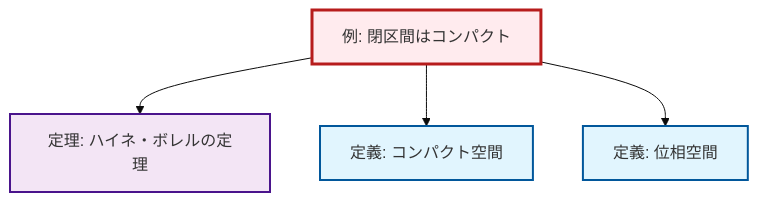
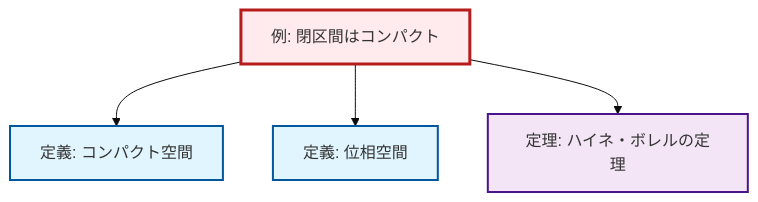
Before and after one commit to RK0429/ModernMath: the diagram in content/ja/topology/ex-closed-interval-compact.qmd, drawn with Mermaid (base theme). The commit also changed other lines of this file and 328 other files, not shown here.

````diff
--- a/content/ja/topology/ex-closed-interval-compact.qmd
+++ b/content/ja/topology/ex-closed-interval-compact.qmd
@@ -51,20 +52,20 @@
 ```{mermaid}
 %%| fig-cap: "ローカル依存関係グラフ"
 graph TD
     classDef definition fill:#e1f5fe,stroke:#01579b,stroke-width:2px
     classDef theorem fill:#f3e5f5,stroke:#4a148c,stroke-width:2px
     classDef axiom fill:#fff3e0,stroke:#e65100,stroke-width:2px
     classDef example fill:#e8f5e9,stroke:#1b5e20,stroke-width:2px
     classDef current fill:#ffebee,stroke:#b71c1c,stroke-width:3px
+    thm-heine-borel["定理: ハイネ・ボレルの定理"]:::theorem
+    ex-closed-interval-compact["例: 閉区間はコンパクト"]:::example
+    def-compact["定義: コンパクト空間"]:::definition
     def-topological-space["定義: 位相空間"]:::definition
-    def-compact["定義: コンパクト空間"]:::definition
-    ex-closed-interval-compact["例: 閉区間はコンパクト"]:::example
-    thm-heine-borel["定理: ハイネ・ボレルの定理"]:::theorem
-    ex-closed-interval-compact --> thm-heine-borel
     ex-closed-interval-compact --> def-compact
     ex-closed-interval-compact --> def-topological-space
+    ex-closed-interval-compact --> thm-heine-borel
     class ex-closed-interval-compact current
+    click thm-heine-borel "thm-heine-borel.html" "ハイネ・ボレルの定理の定理へ"
+    click def-compact "def-compact.html" "コンパクト空間の定義へ"
     click def-topological-space "def-topological-space.html" "位相空間の定義へ"
-    click def-compact "def-compact.html" "コンパクト空間の定義へ"
-    click thm-heine-borel "thm-heine-borel.html" "ハイネ・ボレルの定理の定理へ"
 ```
````
